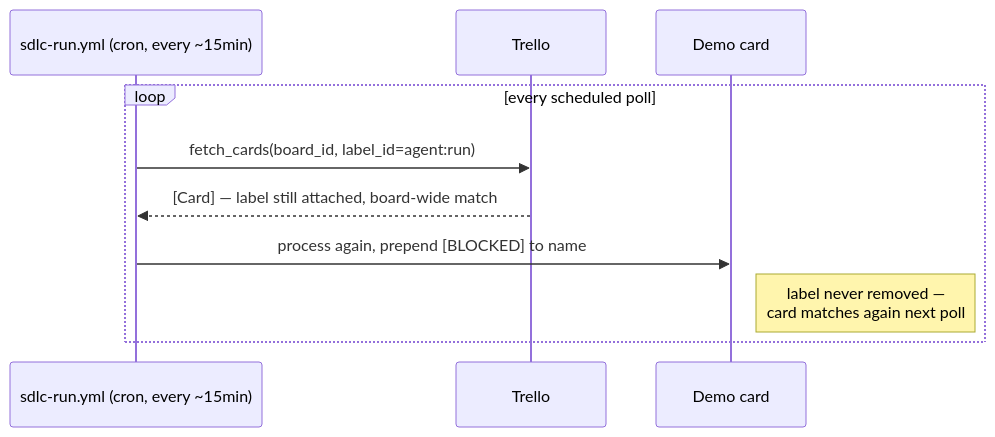
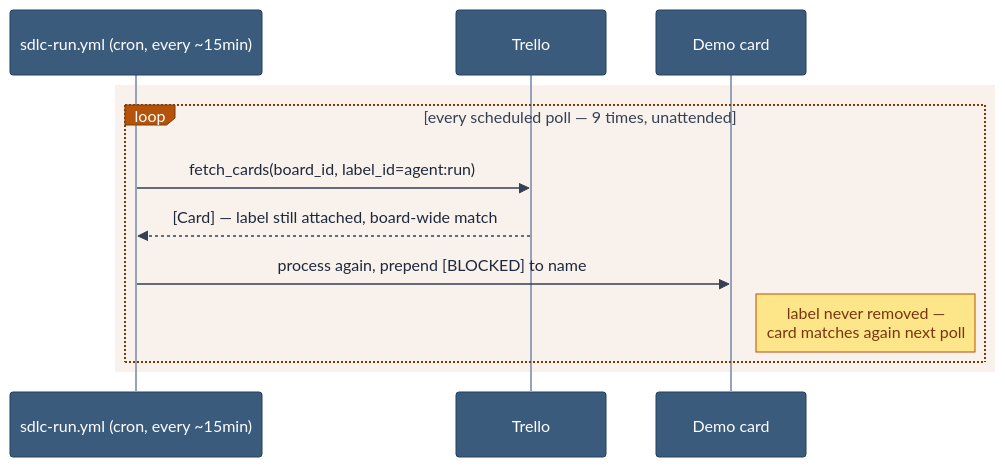
Before and after one commit to lorenzogirardi/agentic-sdlc: the sixth of 9 diagrams in docs/demo/burning-ship-storytelling.md, drawn with Mermaid. The commit also changed other lines of this file and 1 other file, not shown here.

First line of the commit message:
Color-code all diagrams: actors, platform, external systems, outcomes

````diff
--- a/docs/demo/burning-ship-storytelling.md
+++ b/docs/demo/burning-ship-storytelling.md
@@ -215,13 +251,16 @@
 ```mermaid
+%%{init: {'theme':'base', 'themeVariables': {'primaryColor':'#ff6b35','primaryBorderColor':'#c9451f','primaryTextColor':'#ffffff','actorBkg':'#3b5b7d','actorBorder':'#24405c','actorTextColor':'#ffffff','actorLineColor':'#94a3b8','signalColor':'#334155','signalTextColor':'#1e293b','labelBoxBkgColor':'#b45309','labelBoxBorderColor':'#7c3a06','labelTextColor':'#ffffff','loopTextColor':'#334155','noteBkgColor':'#fde68a','noteBorderColor':'#b45309','noteTextColor':'#78350f','activationBorderColor':'#c9451f','activationBkgColor':'#ffd9c2','sequenceNumberColor':'#ffffff'}}}%%
 sequenceDiagram
     participant Cron as sdlc-run.yml (cron, every ~15min)
     participant Trello
     participant Card as Demo card
 
-    loop every scheduled poll
+    rect rgba(180,83,9,0.08)
+    loop every scheduled poll — 9 times, unattended
         Cron->>Trello: fetch_cards(board_id, label_id=agent:run)
         Trello-->>Cron: [Card] — label still attached, board-wide match
         Cron->>Card: process again, prepend [BLOCKED] to name
         Note right of Card: label never removed —<br/>card matches again next poll
     end
+    end
 ```
````
